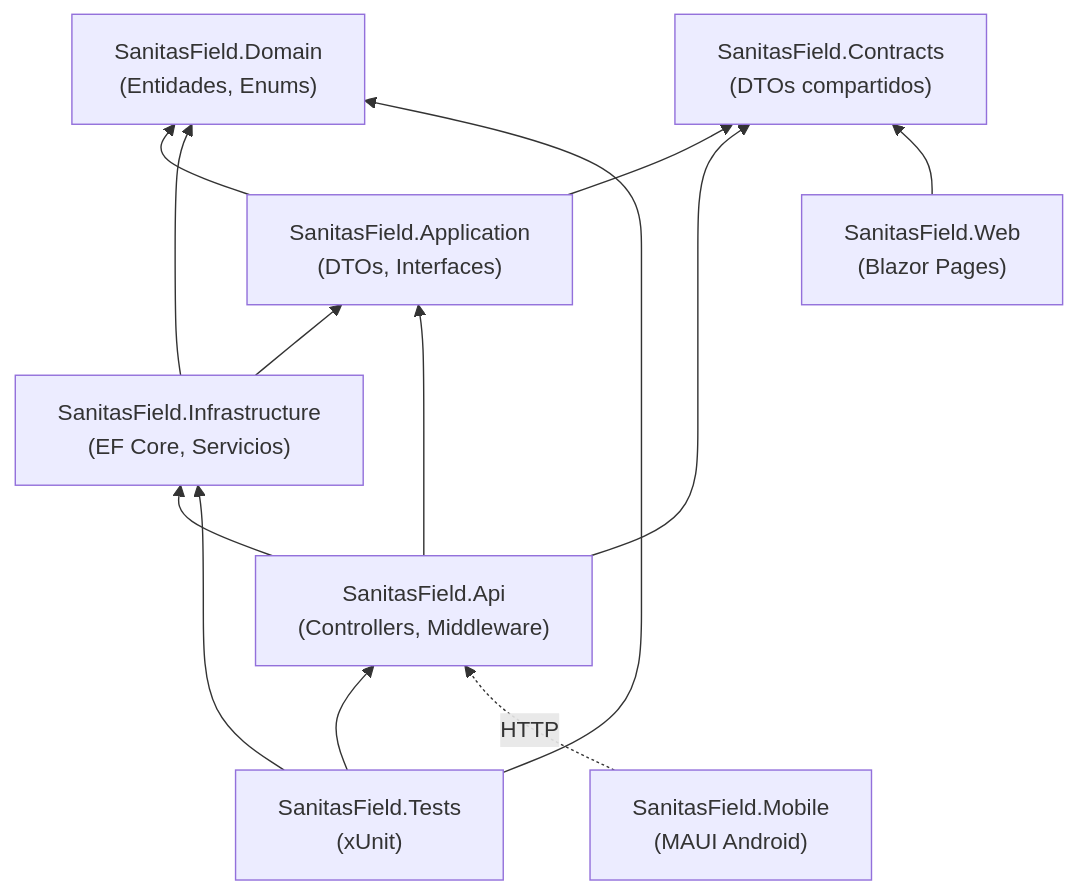
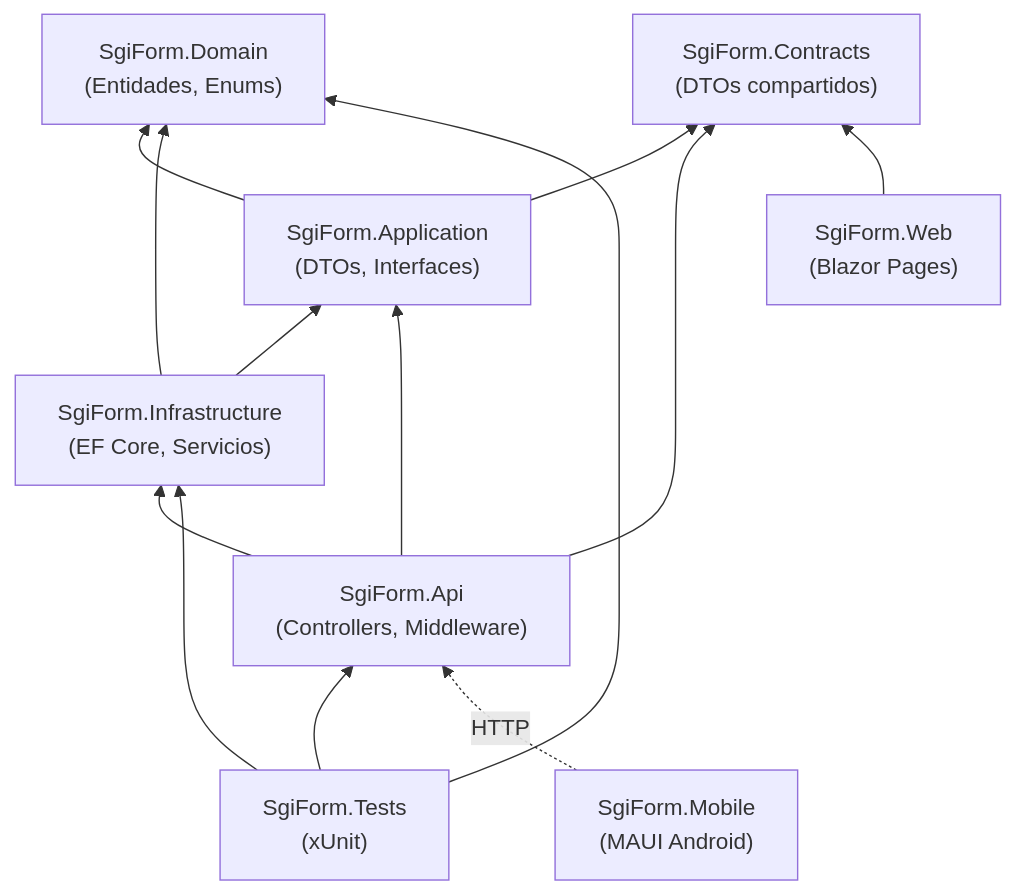
One commit to HectorRiquelme/SGIFORM changed the diagram in tools/mermaid-images/mermaid_3.mmd. Above: the diagram before and after it, drawn with Mermaid. The commit also changed 265 other files, not shown here.

First line of the commit message:
refactor: renombrar SanitasField → SgiForm en todo el proyecto

```diff
--- a/tools/mermaid-images/mermaid_3.mmd
+++ b/tools/mermaid-images/mermaid_3.mmd
@@ -1,22 +1,22 @@
 graph BT
-    Domain["SanitasField.Domain<br/>(Entidades, Enums)"]
-    App["SanitasField.Application<br/>(DTOs, Interfaces)"]
-    Infra["SanitasField.Infrastructure<br/>(EF Core, Servicios)"]
-    API["SanitasField.Api<br/>(Controllers, Middleware)"]
-    Web["SanitasField.Web<br/>(Blazor Pages)"]
-    Contracts["SanitasField.Contracts<br/>(DTOs compartidos)"]
-    Mobile["SanitasField.Mobile<br/>(MAUI Android)"]
-    Tests["SanitasField.Tests<br/>(xUnit)"]
+    Domain["SgiForm.Domain<br/>(Entidades, Enums)"]
+    App["SgiForm.Application<br/>(DTOs, Interfaces)"]
+    Infra["SgiForm.Infrastructure<br/>(EF Core, Servicios)"]
+    API["SgiForm.Api<br/>(Controllers, Middleware)"]
+    Web["SgiForm.Web<br/>(Blazor Pages)"]
+    Contracts["SgiForm.Contracts<br/>(DTOs compartidos)"]
+    Mobile["SgiForm.Mobile<br/>(MAUI Android)"]
+    Tests["SgiForm.Tests<br/>(xUnit)"]
 
     App --> Domain
     App --> Contracts
     Infra --> Domain
     Infra --> App
     API --> App
     API --> Infra
     API --> Contracts
     Web --> Contracts
     Tests --> API
     Tests --> Infra
     Tests --> Domain
     Mobile -.->|"HTTP"| API
```
